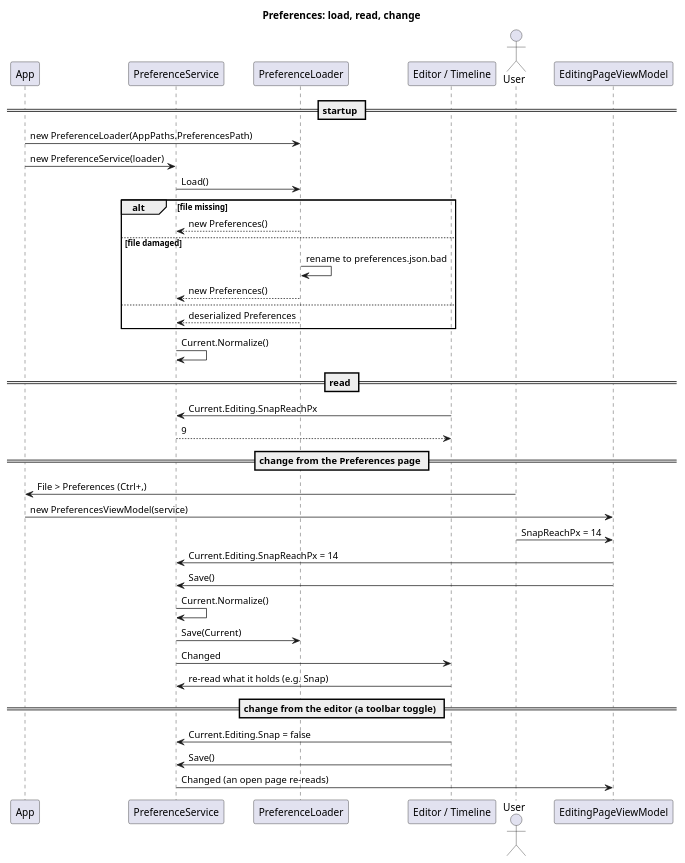
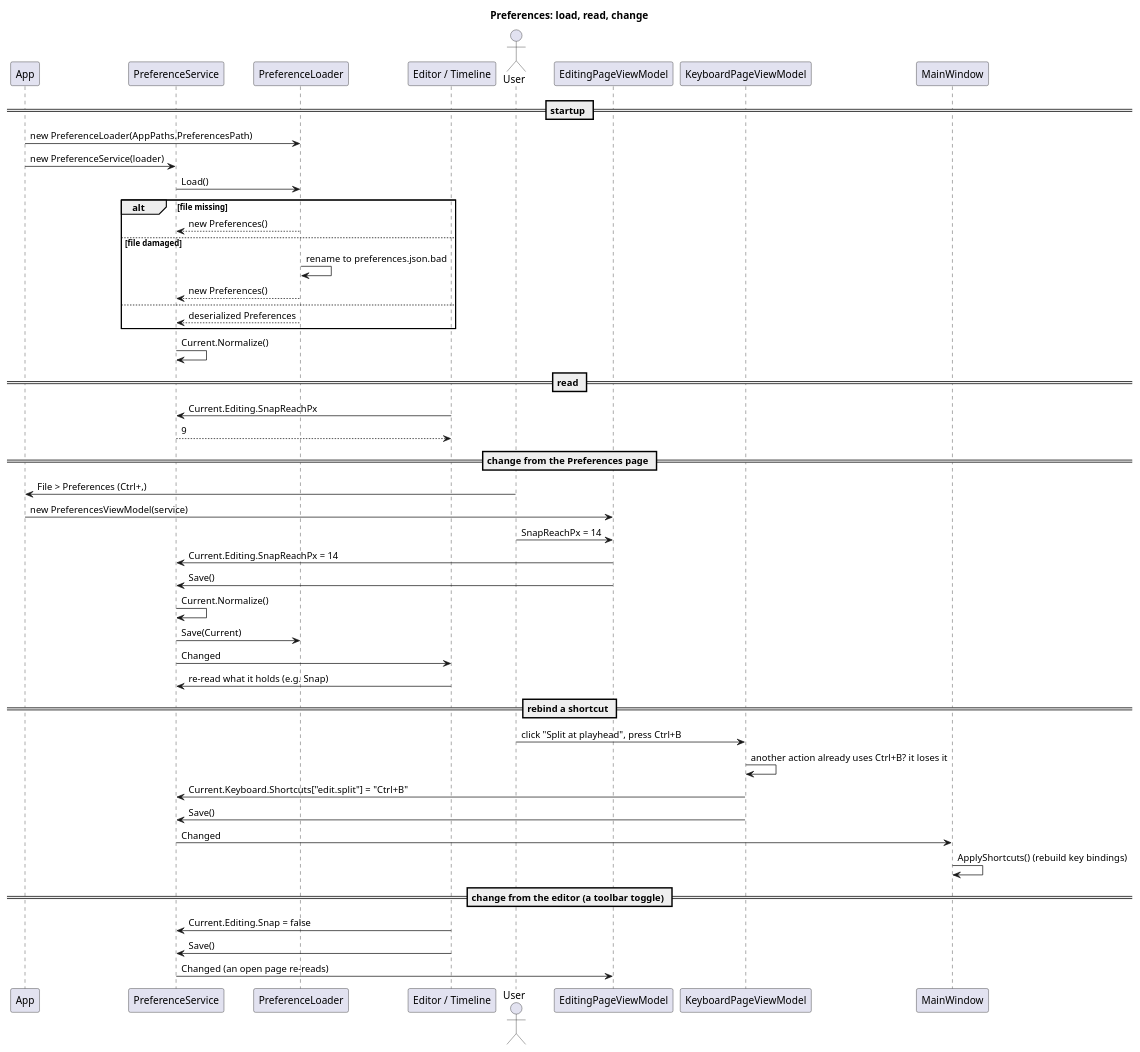
One commit to Die-Banane/Fig changed the diagram in uml/persistence/preferences-sequence.puml. Above: the diagram before and after it, drawn with PlantUML. The commit also changed 85 other files, not shown here.

```diff
--- a/uml/persistence/preferences-sequence.puml
+++ b/uml/persistence/preferences-sequence.puml
@@ -1,44 +1,54 @@
 @startuml
 title Preferences: load, read, change
 
 participant App
 participant PreferenceService as Service
 participant PreferenceLoader as Loader
 participant "Editor / Timeline" as Caller
 
 == startup ==
 App -> Loader : new PreferenceLoader(AppPaths.PreferencesPath)
 App -> Service : new PreferenceService(loader)
 Service -> Loader : Load()
 alt file missing
   Loader --> Service : new Preferences()
 else file damaged
   Loader -> Loader : rename to preferences.json.bad
   Loader --> Service : new Preferences()
 else
   Loader --> Service : deserialized Preferences
 end
 Service -> Service : Current.Normalize()
 
 == read ==
 Caller -> Service : Current.Editing.SnapReachPx
 Service --> Caller : 9
 
 == change from the Preferences page ==
 actor User
 participant "EditingPageViewModel" as Page
 User -> App : File > Preferences (Ctrl+,)
 App -> Page : new PreferencesViewModel(service)
 User -> Page : SnapReachPx = 14
 Page -> Service : Current.Editing.SnapReachPx = 14
 Page -> Service : Save()
 Service -> Service : Current.Normalize()
 Service -> Loader : Save(Current)
 Service -> Caller : Changed
 Caller -> Service : re-read what it holds (e.g. Snap)
 
+== rebind a shortcut ==
+participant "KeyboardPageViewModel" as Keys
+participant MainWindow
+User -> Keys : click "Split at playhead", press Ctrl+B
+Keys -> Keys : another action already uses Ctrl+B? it loses it
+Keys -> Service : Current.Keyboard.Shortcuts["edit.split"] = "Ctrl+B"
+Keys -> Service : Save()
+Service -> MainWindow : Changed
+MainWindow -> MainWindow : ApplyShortcuts() (rebuild key bindings)
+
 == change from the editor (a toolbar toggle) ==
 Caller -> Service : Current.Editing.Snap = false
 Caller -> Service : Save()
 Service -> Page : Changed (an open page re-reads)
 @enduml
```
